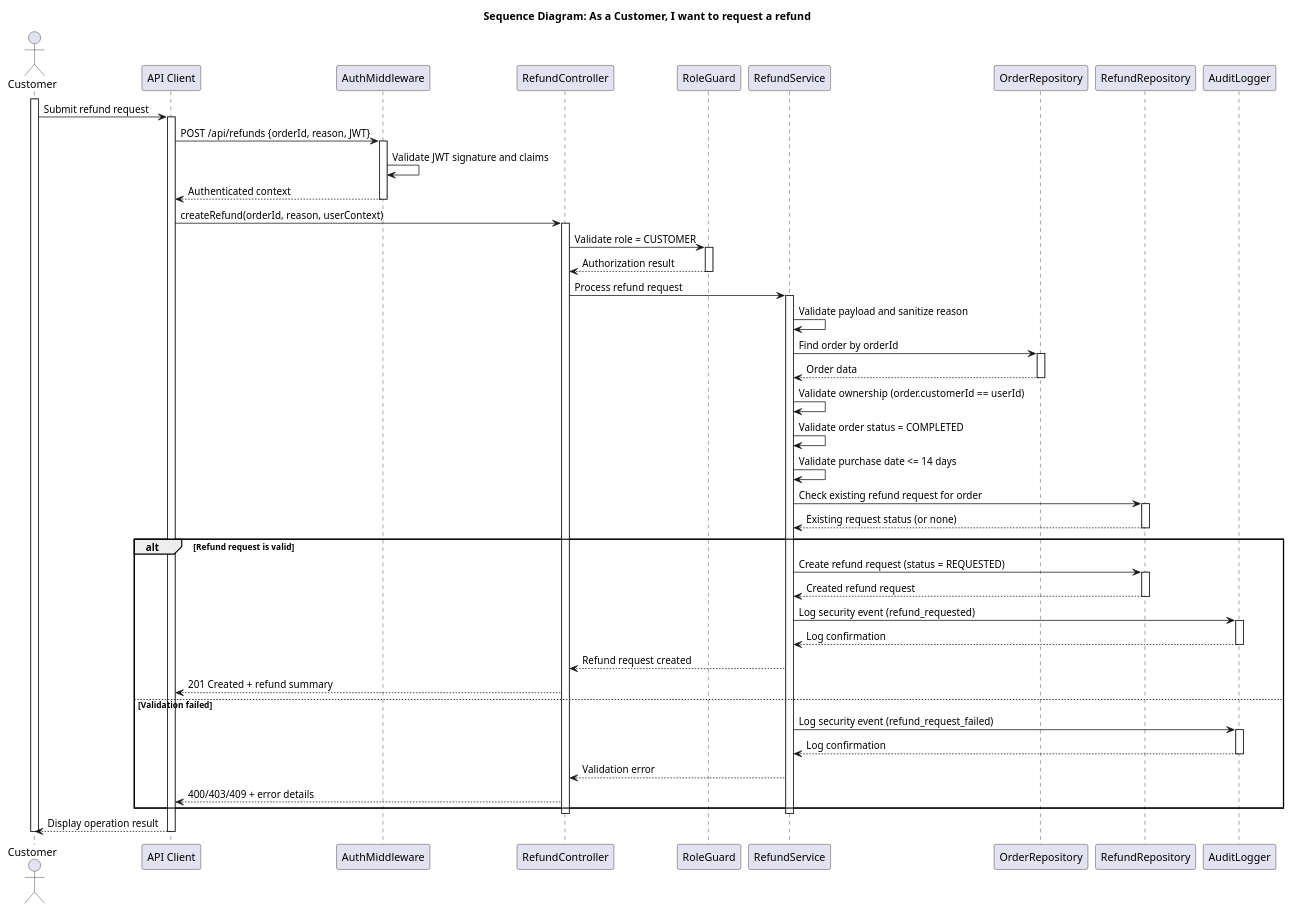
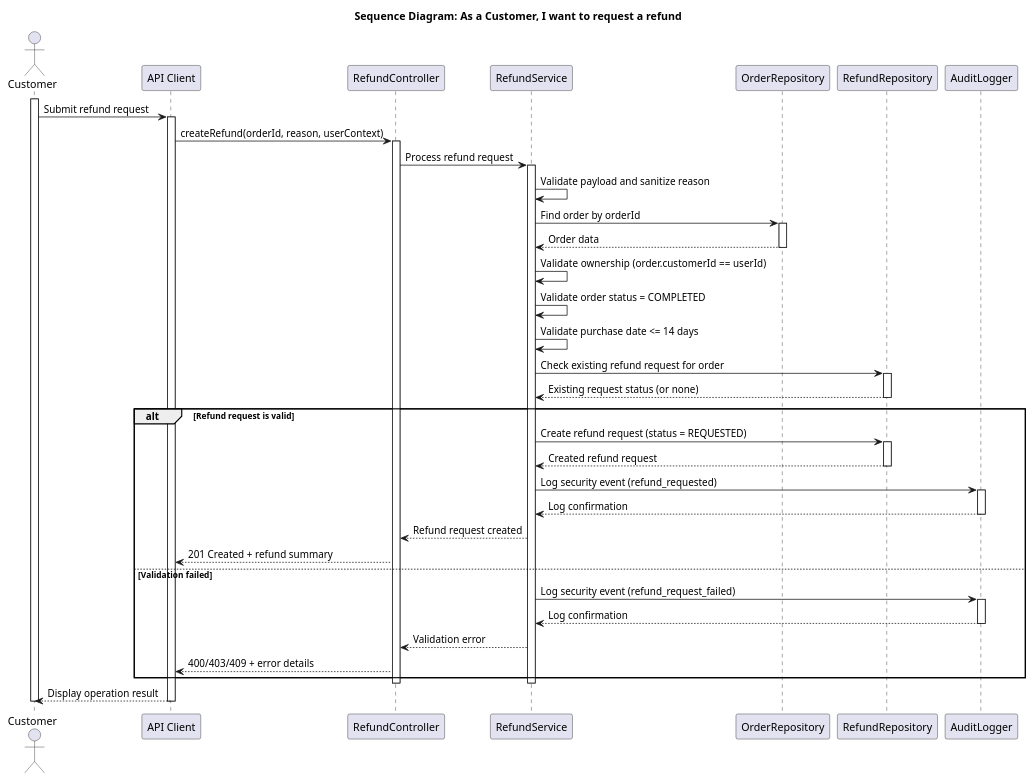
Before and after one commit to mei-desofs/desofs2026-wed_nap_1-1: the diagram in Deliverables/Phase1/UseCases/UC4_RequestRefund/Diagrams/uml/SequenceDiagram.puml, drawn with PlantUML. The commit also changed 12 other files, not shown here.

```diff
--- a/Deliverables/Phase1/UseCases/UC4_RequestRefund/Diagrams/uml/SequenceDiagram.puml
+++ b/Deliverables/Phase1/UseCases/UC4_RequestRefund/Diagrams/uml/SequenceDiagram.puml
@@ -1,77 +1,65 @@
 @startuml SequenceDiagram4
 
 title "Sequence Diagram: As a Customer, I want to request a refund"
 
 actor Customer
 participant "API Client" as API
-participant AuthMiddleware as AM
 participant RefundController as RC
-participant RoleGuard as RG
 participant RefundService as RS
 participant OrderRepository as OR
 participant RefundRepository as RR
 participant AuditLogger as AL
 
 activate Customer
 Customer -> API: Submit refund request
 activate API
 
-API -> AM: POST /api/refunds {orderId, reason, JWT}
-activate AM
-AM -> AM: Validate JWT signature and claims
-AM --> API: Authenticated context
-deactivate AM
-
 API -> RC: createRefund(orderId, reason, userContext)
 activate RC
-RC -> RG: Validate role = CUSTOMER
-activate RG
-RG --> RC: Authorization result
-deactivate RG
 
 RC -> RS: Process refund request
 activate RS
 RS -> RS: Validate payload and sanitize reason
 RS -> OR: Find order by orderId
 activate OR
 OR --> RS: Order data
 deactivate OR
 
 RS -> RS: Validate ownership (order.customerId == userId)
 RS -> RS: Validate order status = COMPLETED
 RS -> RS: Validate purchase date <= 14 days
 RS -> RR: Check existing refund request for order
 activate RR
 RR --> RS: Existing request status (or none)
 deactivate RR
 
 alt Refund request is valid
 	RS -> RR: Create refund request (status = REQUESTED)
 	activate RR
 	RR --> RS: Created refund request
 	deactivate RR
 
 	RS -> AL: Log security event (refund_requested)
 	activate AL
 	AL --> RS: Log confirmation
 	deactivate AL
 
 	RS --> RC: Refund request created
 	RC --> API: 201 Created + refund summary
 else Validation failed
 	RS -> AL: Log security event (refund_request_failed)
 	activate AL
 	AL --> RS: Log confirmation
 	deactivate AL
 
 	RS --> RC: Validation error
 	RC --> API: 400/403/409 + error details
 end
 
 deactivate RS
 deactivate RC
 API --> Customer: Display operation result
 deactivate API
 deactivate Customer
 
 @enduml
```
